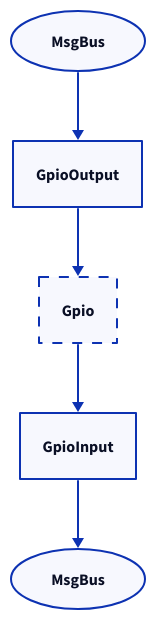
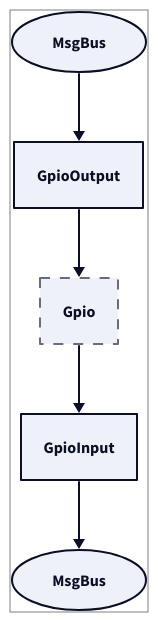
Before and after one commit to Konstantin-Dudersky/rsiot: the diagram in doc/images/component_structure/cmp_linux_gpio.d2, drawn with D2. The commit also changed 80 other files, not shown here.

```diff
--- a/doc/images/component_structure/cmp_linux_gpio.d2
+++ b/doc/images/component_structure/cmp_linux_gpio.d2
@@ -1,29 +1,34 @@
 vars: {
   d2-config: {
     layout-engine: elk
-    theme-id: 0
+    theme-id: 1
   }
+}
+
+style {
+    stroke-width: 1
+    stroke: gray
 }
 
 MsgBusIn: MsgBus {
     shape: oval
 }
 
 GpioOutput
 
 Gpio {
     style.stroke-dash: 5
 }
 
 GpioInput
 
 MsgBusOut: MsgBus {
     shape: oval
 }
 
 MsgBusIn -> GpioOutput
 
 GpioOutput -> Gpio
 Gpio -> GpioInput
 
 GpioInput -> MsgBusOut
```
